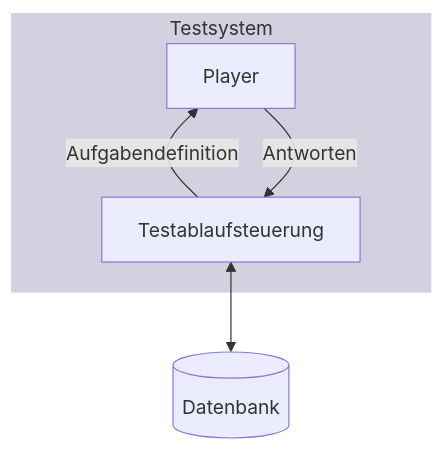
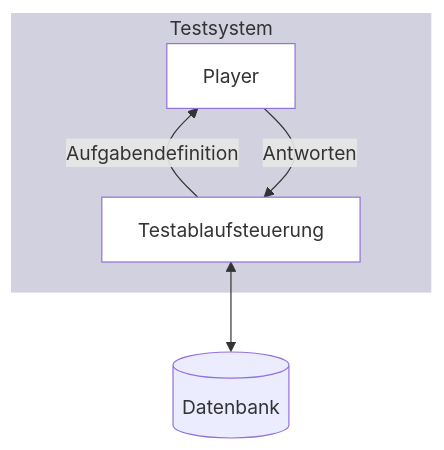
Before and after one commit to verona-interfaces/verona-interfaces.github.io: the diagram in intro/architecture.qmd, drawn with Mermaid. The commit also changed 3 other files, not shown here.

````diff
--- a/intro/architecture.qmd
+++ b/intro/architecture.qmd
@@ -10,9 +10,11 @@
 ```{mermaid}
 flowchart BT
     subgraph Testsystem
         TC[Testablaufsteuerung]-->|Aufgabendefinition| P[Player]
+        style TC fill:white
+        style P fill:white
         P-->|Antworten| TC
     end
     style Testsystem fill:#d1d1e0,stroke:#d1d1e0
     DB[(Datenbank)]<--> TC
 ```
````
